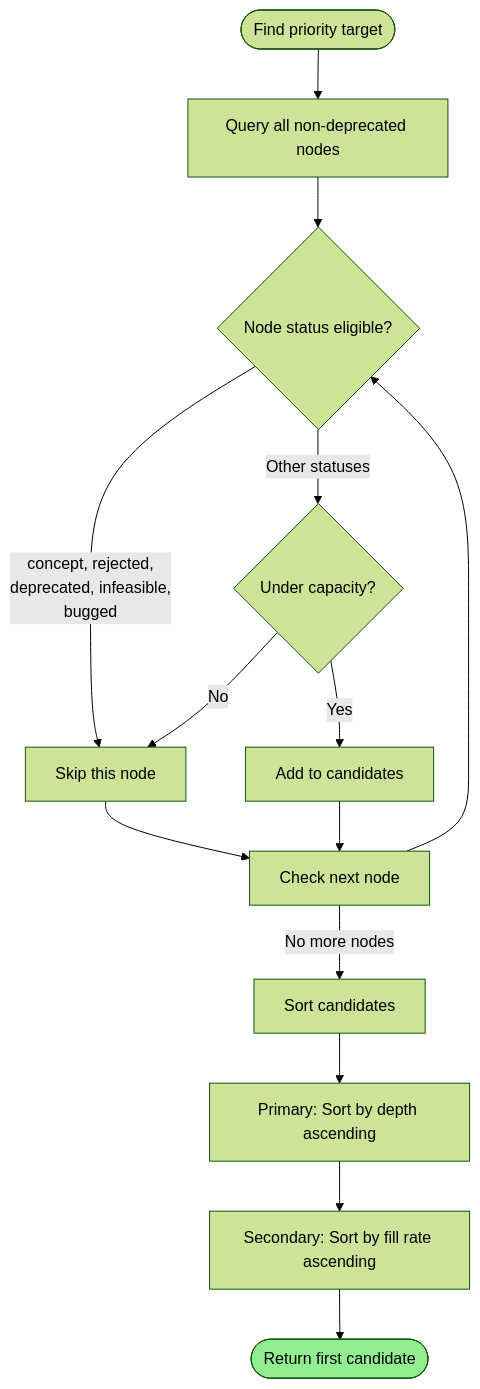
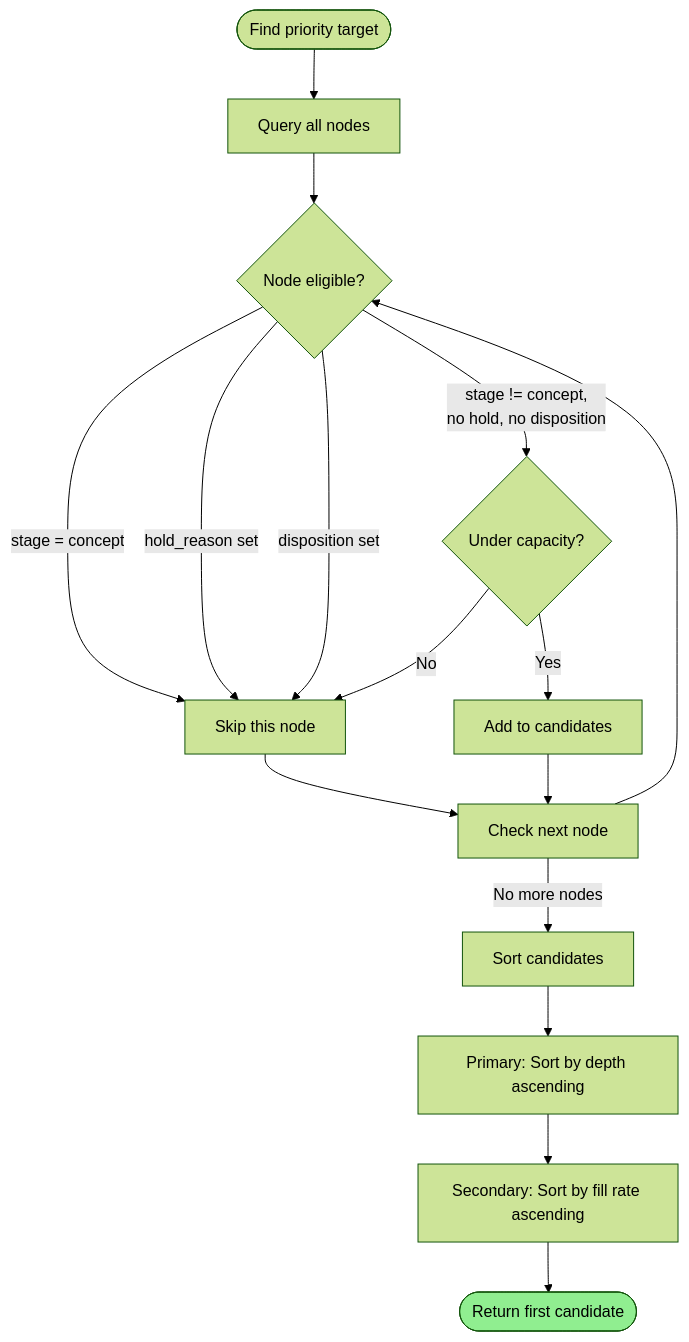
The second of 11 diagrams in ai_docs/story-tree-workflow-diagrams.md (Mharbulous/SyncoPaid), drawn with Mermaid (forest theme) before and after one commit. The commit also changed other lines of this file and 3 other files, not shown here.

````diff
--- a/ai_docs/story-tree-workflow-diagrams.md
+++ b/ai_docs/story-tree-workflow-diagrams.md
@@ -56,21 +56,23 @@
 ```mermaid
 flowchart TD
-    START([Find priority target]) --> QUERY[Query all non-deprecated nodes]
-    QUERY --> FILTER{Node status eligible?}
+    START([Find priority target]) --> QUERY[Query all nodes]
+    QUERY --> FILTER{Node eligible?}
 
-    FILTER -->|concept, rejected,<br/>deprecated, infeasible,<br/>bugged| SKIP[Skip this node]
+    FILTER -->|stage = concept| SKIP[Skip this node]
+    FILTER -->|hold_reason set| SKIP
+    FILTER -->|disposition set| SKIP
     SKIP --> NEXT_NODE[Check next node]
     NEXT_NODE --> FILTER
 
-    FILTER -->|Other statuses| CAPACITY{Under capacity?}
+    FILTER -->|stage != concept,<br/>no hold, no disposition| CAPACITY{Under capacity?}
     CAPACITY -->|No| SKIP
     CAPACITY -->|Yes| ADD[Add to candidates]
     ADD --> NEXT_NODE
 
     NEXT_NODE -->|No more nodes| SORT[Sort candidates]
     SORT --> DEPTH[Primary: Sort by depth ascending]
     DEPTH --> FILL[Secondary: Sort by fill rate ascending]
     FILL --> RESULT([Return first candidate])
 
     style RESULT fill:#90EE90
 ```
````
